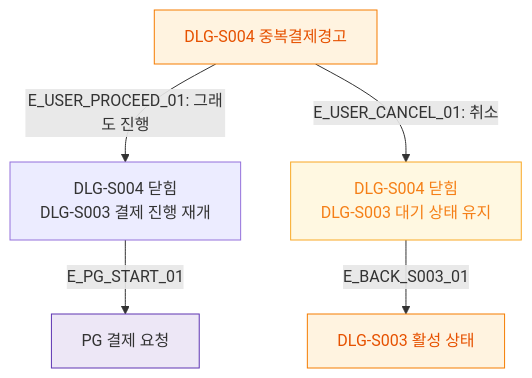
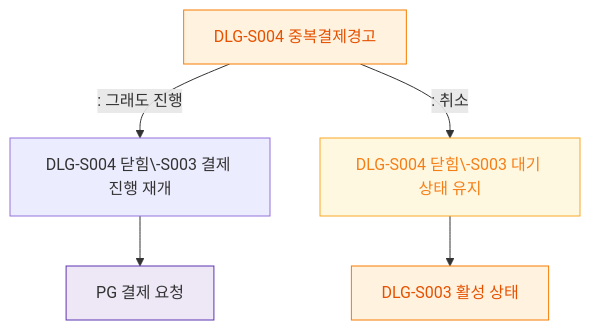
One commit to dev-spogym/admin-pando changed the diagram in docs/다이어그램/D03_매출관리/DLG-S004_중복결제경고/M3_결과분기.md. Above: the diagram before and after it, drawn with Mermaid. The commit also changed other lines of this file and 1660 other files, not shown here.

First line of the commit message:
다이어그램: 기획자/클라이언트 납품본으로 정리

````diff
--- a/docs/다이어그램/D03_매출관리/DLG-S004_중복결제경고/M3_결과분기.md
+++ b/docs/다이어그램/D03_매출관리/DLG-S004_중복결제경고/M3_결과분기.md
@@ -20,16 +18,16 @@
 ```mermaid
 flowchart TD
-    DLG_S004[DLG-S004 중복결제경고] -->|"E_USER_PROCEED_01: 그래도 진행"| PROCEED_RESULT[DLG-S004 닫힘\nDLG-S003 결제 진행 재개]
-    DLG_S004 -->|"E_USER_CANCEL_01: 취소"| CANCEL_RESULT[DLG-S004 닫힘\nDLG-S003 대기 상태 유지]
+    DLG_S004[DLG-S004 중복결제경고] -->|": 그래도 진행"|PROCEED_RESULT[DLG-S004 닫힘\-S003 결제 진행 재개]
+    DLG_S004 -->|": 취소"|CANCEL_RESULT[DLG-S004 닫힘\-S003 대기 상태 유지]
 
-    PROCEED_RESULT -->|E_PG_START_01| PG_REQ[PG 결제 요청]
-    CANCEL_RESULT -->|E_BACK_S003_01| BACK_DLG003[DLG-S003 활성 상태]
+    PROCEED_RESULT --> PG_REQ[PG 결제 요청]
+    CANCEL_RESULT --> BACK_DLG003[DLG-S003 활성 상태]
 
     classDef modal fill:#FFF3E0,stroke:#F57C00,color:#E65100
     classDef system fill:#EDE7F6,stroke:#5E35B2
     classDef warning fill:#FFF8E1,stroke:#F9A825,color:#F57F17
 
     class DLG_S004,BACK_DLG003 modal
     class PG_REQ system
     class CANCEL_RESULT warning
 ```
````
